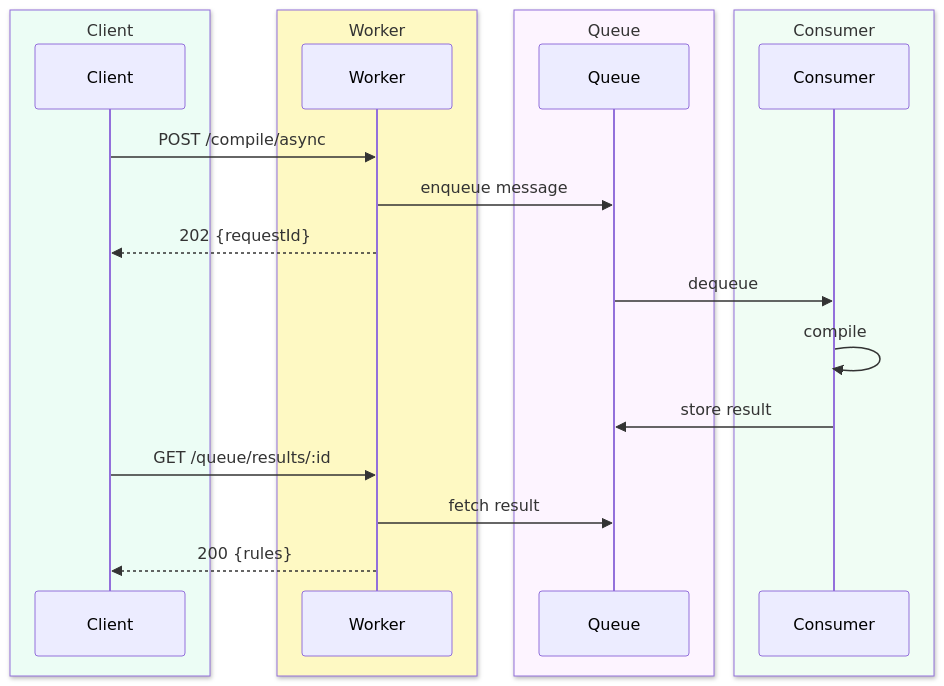
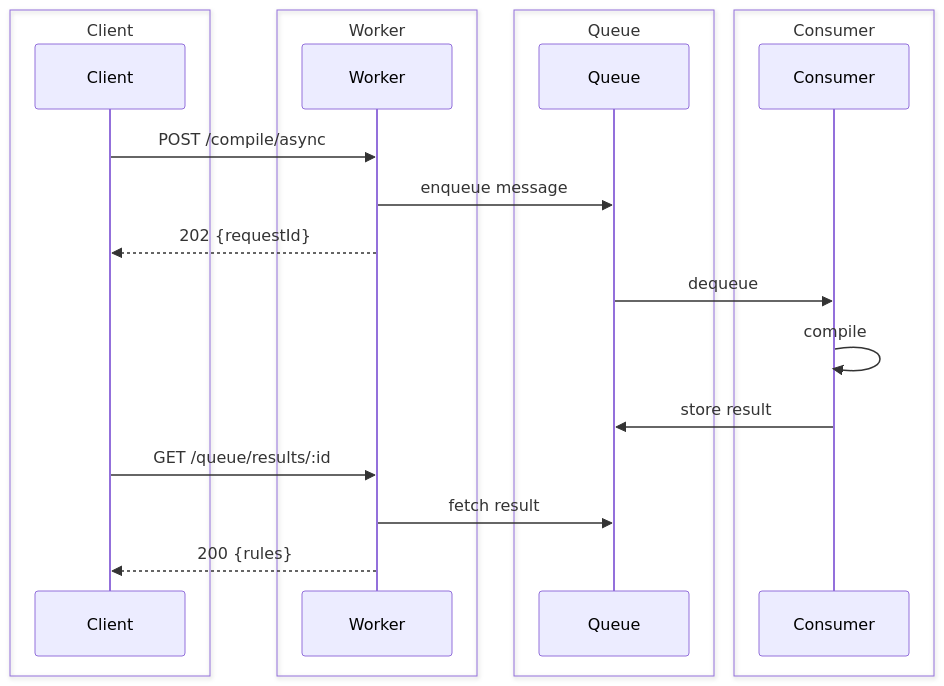
Before and after one commit to jaypatrick/adblock-compiler: diagram 18 of 19 in docs/development/ARCHITECTURE.md, drawn with Mermaid. The commit also changed other lines of this file and 6 other files, not shown here.

First line of the commit message:
fix: Mermaid diagram errors, dark theme compatibility, and mdhelp scroll reset (#1540)

````diff
--- a/docs/development/ARCHITECTURE.md
+++ b/docs/development/ARCHITECTURE.md
@@ -808,25 +808,25 @@
 ```mermaid
 sequenceDiagram
-    box rgb(236,253,245) Client
+    box Client
         participant Client
     end
-    box rgb(254,249,195) Worker
+    box Worker
         participant Worker
     end
-    box rgb(253,244,255) Queue
+    box Queue
         participant Queue
     end
-    box rgb(240,253,244) Consumer
+    box Consumer
         participant Consumer
     end
 
     Client->>Worker: POST /compile/async
     Worker->>Queue: enqueue message
     Worker-->>Client: 202 {requestId}
     Queue->>Consumer: dequeue
     Consumer->>Consumer: compile
     Consumer->>Queue: store result
     Client->>Worker: GET /queue/results/:id
     Worker->>Queue: fetch result
     Worker-->>Client: 200 {rules}
 ```
````
